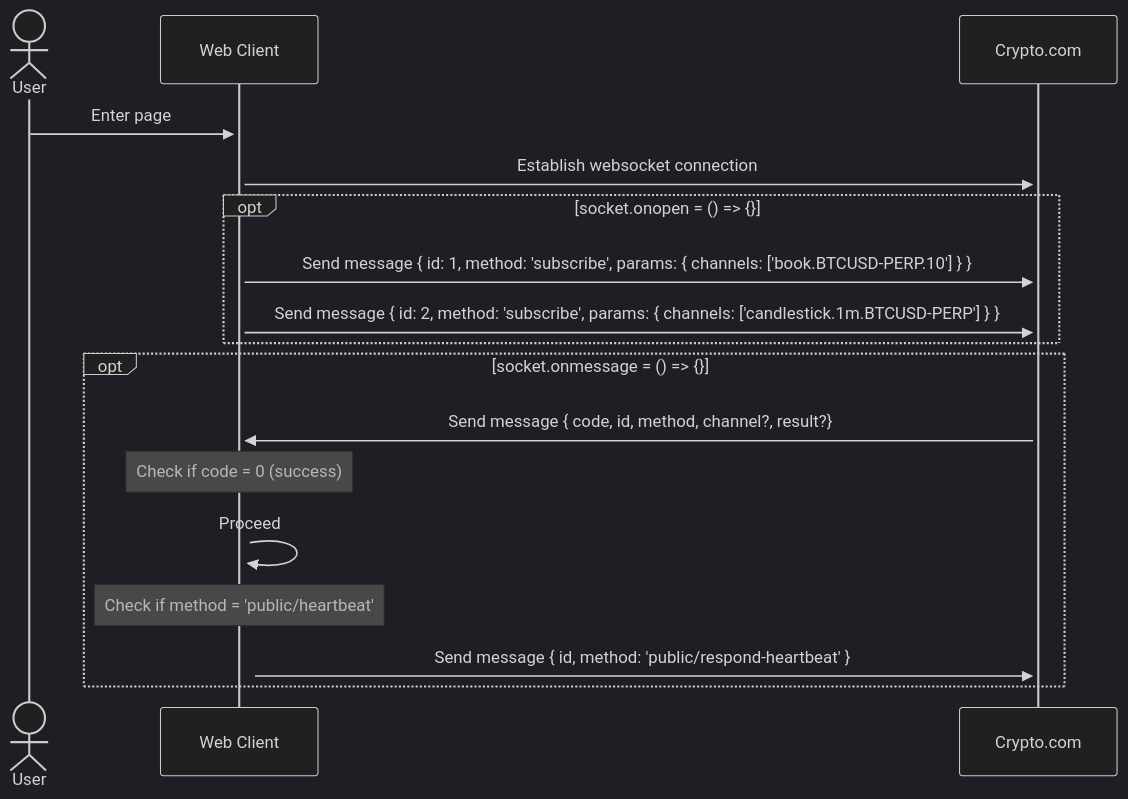
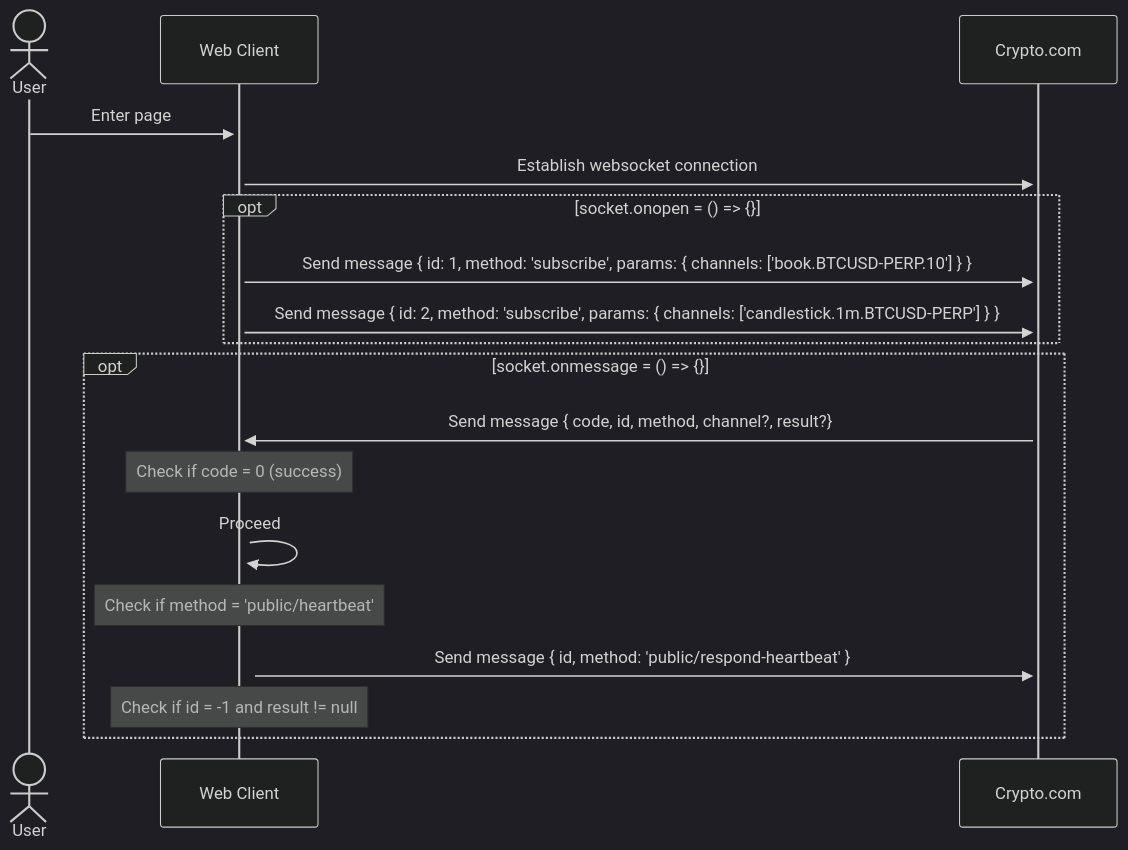
One commit to YuAnWu0000/cryptoExchange changed the diagram in README.md. Above: the diagram before and after it, drawn with Mermaid (dark theme).

Commit message:
UPDATE: Websocket flow chart in README.md

````diff
--- a/README.md
+++ b/README.md
@@ -11,20 +11,21 @@
 ```mermaid
 sequenceDiagram
   actor User
   participant Web Client
   participant Crypto.com
   User ->>+ Web Client: Enter page
   Web Client ->>+ Crypto.com: Establish websocket connection
   opt socket.onopen = () => {}
   Web Client->>+ Crypto.com: Send message { id: 1, method: 'subscribe', params: { channels: ['book.BTCUSD-PERP.10'] } }
   Web Client->>+ Crypto.com: Send message { id: 2, method: 'subscribe', params: { channels: ['candlestick.1m.BTCUSD-PERP'] } }
   end
   opt socket.onmessage = () => {}
   Crypto.com->>+ Web Client: Send message { code, id, method, channel?, result?}
   Note over Web Client: Check if code = 0 (success)
   Web Client->>+ Web Client: Proceed
   Note over Web Client: Check if method = 'public/heartbeat'
   Web Client->>+ Crypto.com: Send message { id, method: 'public/respond-heartbeat' }
+  Note over Web Client: Check if id = -1 and result != null
 
   end
 ```
````
